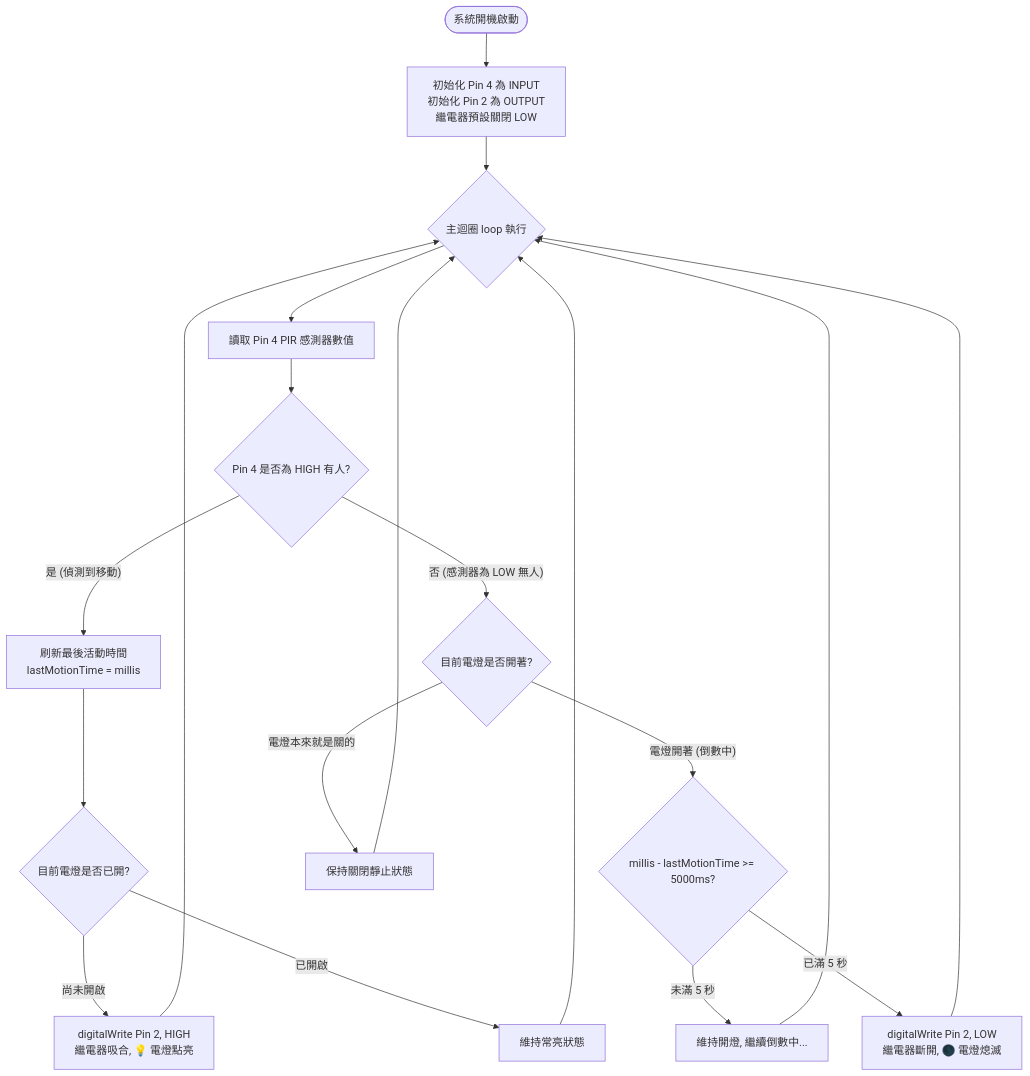
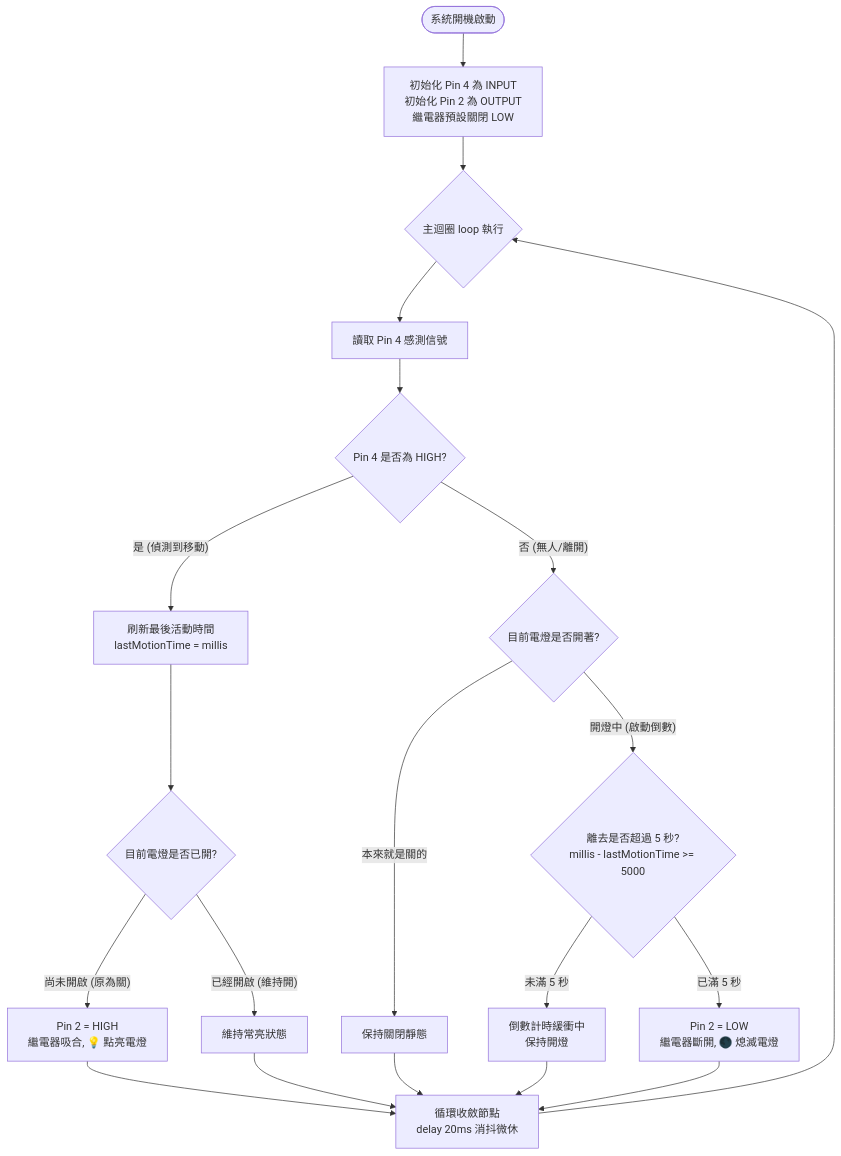
Before and after one commit to joelhoty/onclassbyJoel: the diagram in ec/arduino_pir_relay_delay.md, drawn with Mermaid. The commit also changed other lines of this file and 3 other files, not shown here.

Commit message:
docs(ec): 優化 PIR 繼電器延遲照明控制流程圖走線，採用雙分支無交叉收斂架構

````diff
--- a/ec/arduino_pir_relay_delay.md
+++ b/ec/arduino_pir_relay_delay.md
@@ -71,26 +71,30 @@
 ```mermaid
 flowchart TD
     Start([系統開機啟動]) --> Init[初始化 Pin 4 為 INPUT<br>初始化 Pin 2 為 OUTPUT<br>繼電器預設關閉 LOW]
     Init --> LoopStart{主迴圈 loop 執行}
-    
-    LoopStart --> ReadPIR[讀取 Pin 4 PIR 感測器數值]
-    ReadPIR --> CheckMotion{Pin 4 是否為 HIGH 有人?}
-    
+    LoopStart --> ReadPIR[讀取 Pin 4 感測信號]
+    ReadPIR --> CheckMotion{Pin 4 是否為 HIGH?}
+
+    %% 左側平行分支：有人活動 (HIGH)
     CheckMotion -- 是 (偵測到移動) --> ResetTimer[刷新最後活動時間<br>lastMotionTime = millis]
     ResetTimer --> CheckLightOn{目前電燈是否已開?}
-    CheckLightOn -- 尚未開啟 --> TurnOn[digitalWrite Pin 2, HIGH<br>繼電器吸合, 💡 電燈點亮]
-    CheckLightOn -- 已開啟 --> KeepOn[維持常亮狀態]
-    TurnOn --> LoopStart
-    KeepOn --> LoopStart
-    
-    CheckMotion -- 否 (感測器為 LOW 無人) --> CheckLightState{目前電燈是否開著?}
-    CheckLightState -- 電燈開著 (倒數中) --> CheckTimeout{millis - lastMotionTime >= 5000ms?}
-    CheckLightState -- 電燈本來就是關的 --> Idle[保持關閉靜止狀態]
-    
-    CheckTimeout -- 未滿 5 秒 --> CountingDown[維持開燈, 繼續倒數中...]
-    CheckTimeout -- 已滿 5 秒 --> TurnOff[digitalWrite Pin 2, LOW<br>繼電器斷開, 🌑 電燈熄滅]
-    
-    CountingDown --> LoopStart
-    TurnOff --> LoopStart
-    Idle --> LoopStart
+    CheckLightOn -- 尚未開啟 (原為關) --> TurnOn[Pin 2 = HIGH<br>繼電器吸合, 💡 點亮電燈]
+    CheckLightOn -- 已經開啟 (維持開) --> KeepOn[維持常亮狀態]
+
+    %% 右側平行分支：無人離開 (LOW)
+    CheckMotion -- 否 (無人/離開) --> CheckLightState{目前電燈是否開著?}
+    CheckLightState -- 本來就是關的 --> Idle[保持關閉靜態]
+    CheckLightState -- 開燈中 (啟動倒數) --> CheckTimeout{離去是否超過 5 秒?<br>millis - lastMotionTime >= 5000}
+    CheckTimeout -- 未滿 5 秒 --> CountingDown[倒數計時緩衝中<br>保持開燈]
+    CheckTimeout -- 已滿 5 秒 --> TurnOff[Pin 2 = LOW<br>繼電器斷開, 🌑 熄滅電燈]
+
+    %% 底部統一收斂匯合 (平行向下，絕無交叉走線)
+    TurnOn --> EndCycle[循環收斂節點<br>delay 20ms 消抖微休]
+    KeepOn --> EndCycle
+    Idle --> EndCycle
+    CountingDown --> EndCycle
+    TurnOff --> EndCycle
+
+    %% 單一外環回繞主迴圈
+    EndCycle --> LoopStart
 ```
````
